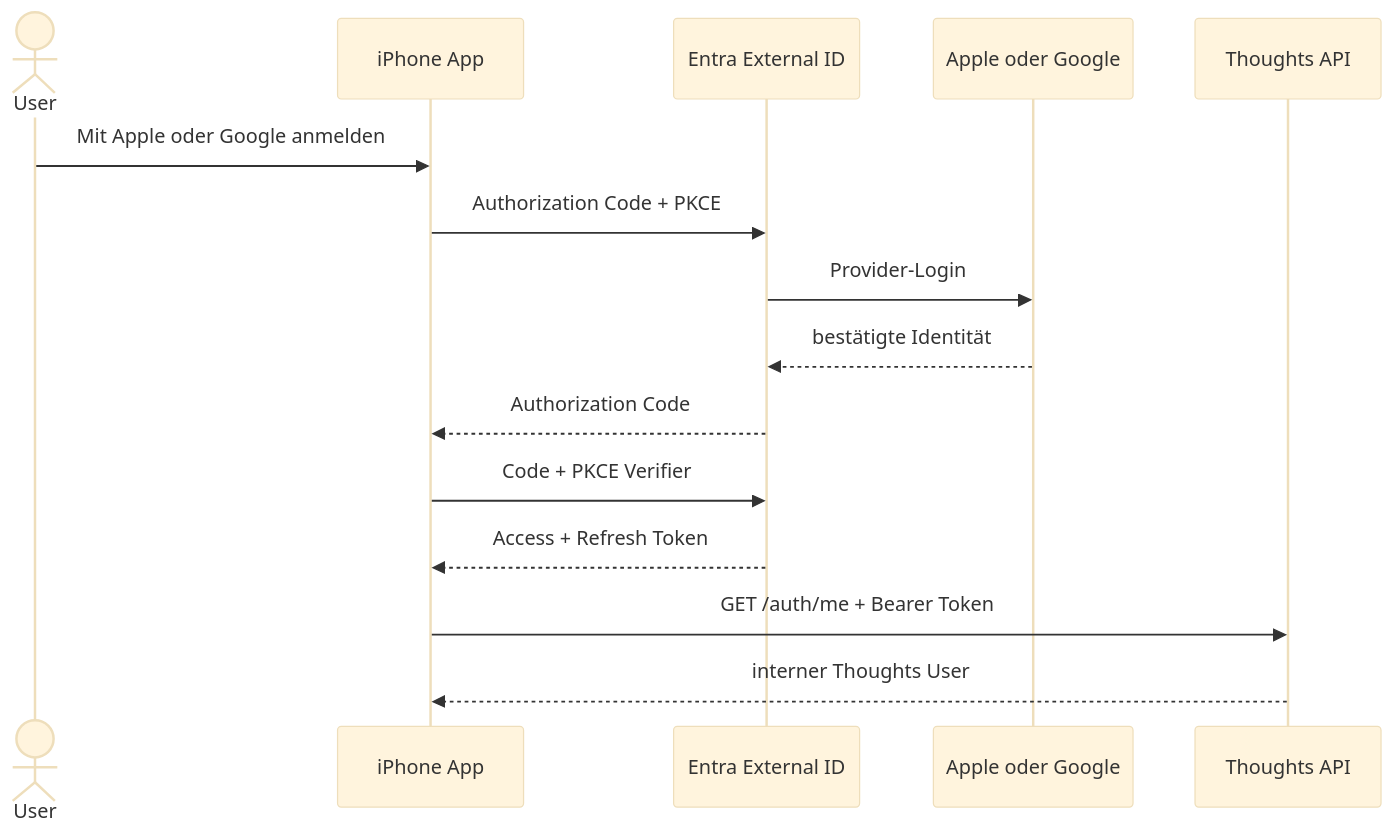
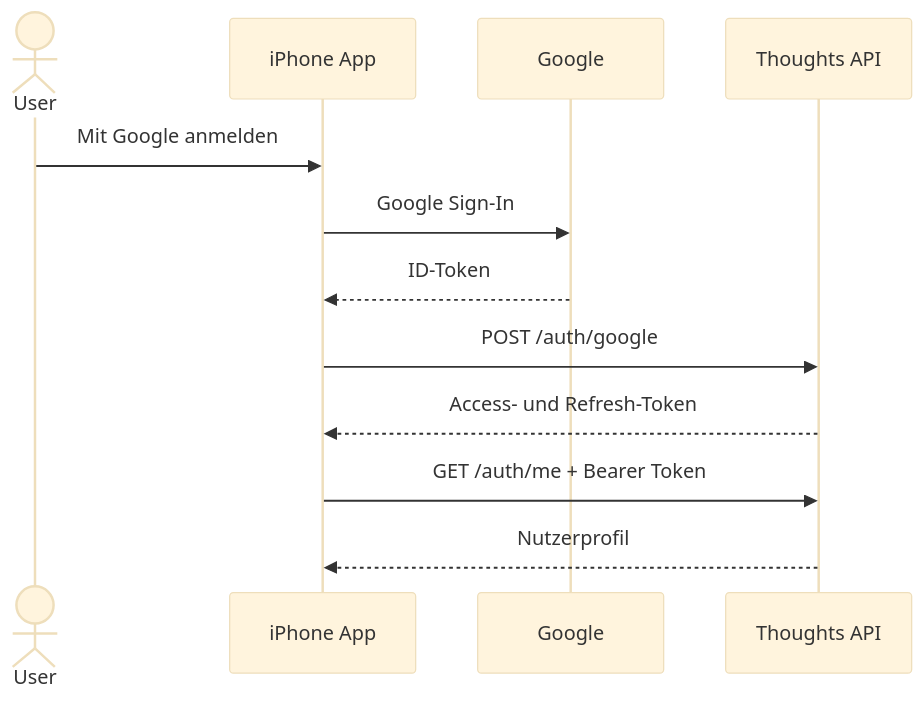
The diagram in artifacts/voice-recorder/docs/auth.md (hawkytawky/thoughts-app), drawn with Mermaid (base theme) before and after one commit. The commit also changed other lines of this file and 52 other files, not shown here.

````diff
--- a/artifacts/voice-recorder/docs/auth.md
+++ b/artifacts/voice-recorder/docs/auth.md
@@ -10,18 +9,15 @@
 ```mermaid
 sequenceDiagram
     actor User
     participant App as iPhone App
-    participant Entra as Entra External ID
-    participant Provider as Apple oder Google
+   participant Google
     participant API as Thoughts API
 
-    User->>App: Mit Apple oder Google anmelden
-    App->>Entra: Authorization Code + PKCE
-    Entra->>Provider: Provider-Login
-    Provider-->>Entra: bestätigte Identität
-    Entra-->>App: Authorization Code
-    App->>Entra: Code + PKCE Verifier
-    Entra-->>App: Access + Refresh Token
+   User->>App: Mit Google anmelden
+   App->>Google: Google Sign-In
+   Google-->>App: ID-Token
+   App->>API: POST /auth/google
+   API-->>App: Access- und Refresh-Token
     App->>API: GET /auth/me + Bearer Token
-    API-->>App: interner Thoughts User
+   API-->>App: Nutzerprofil
 ```
````
